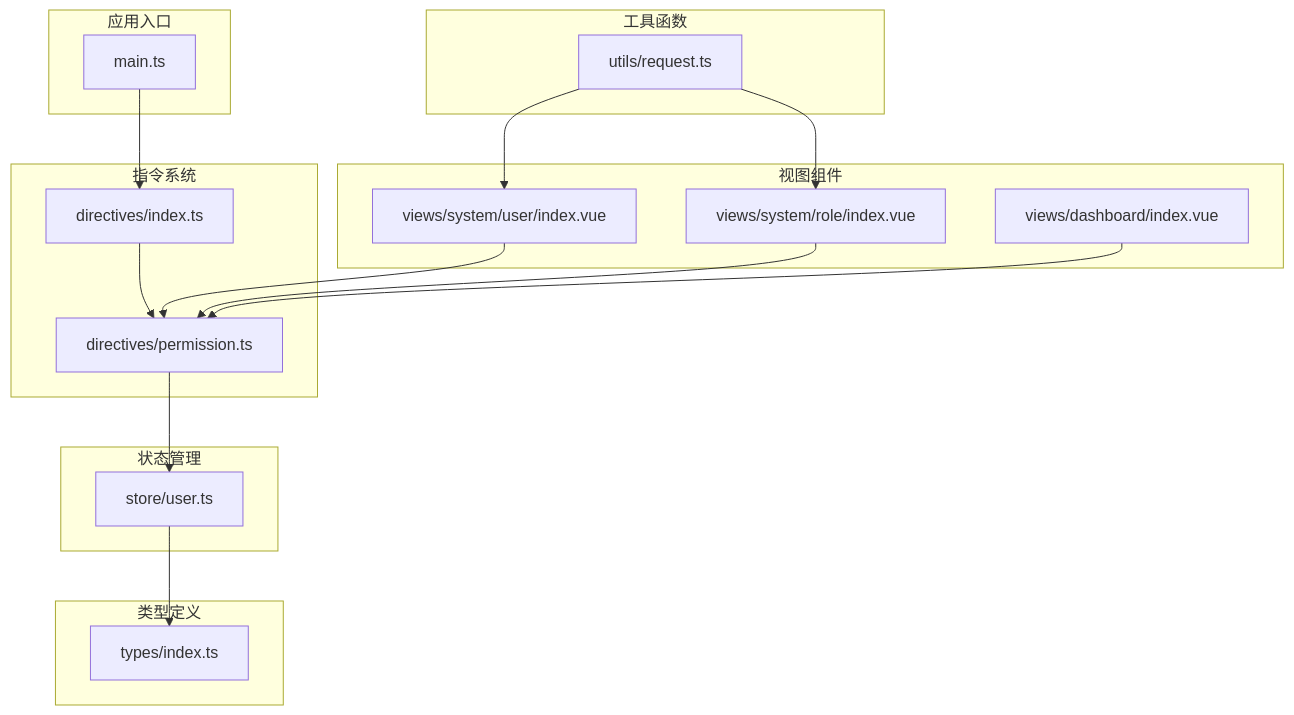
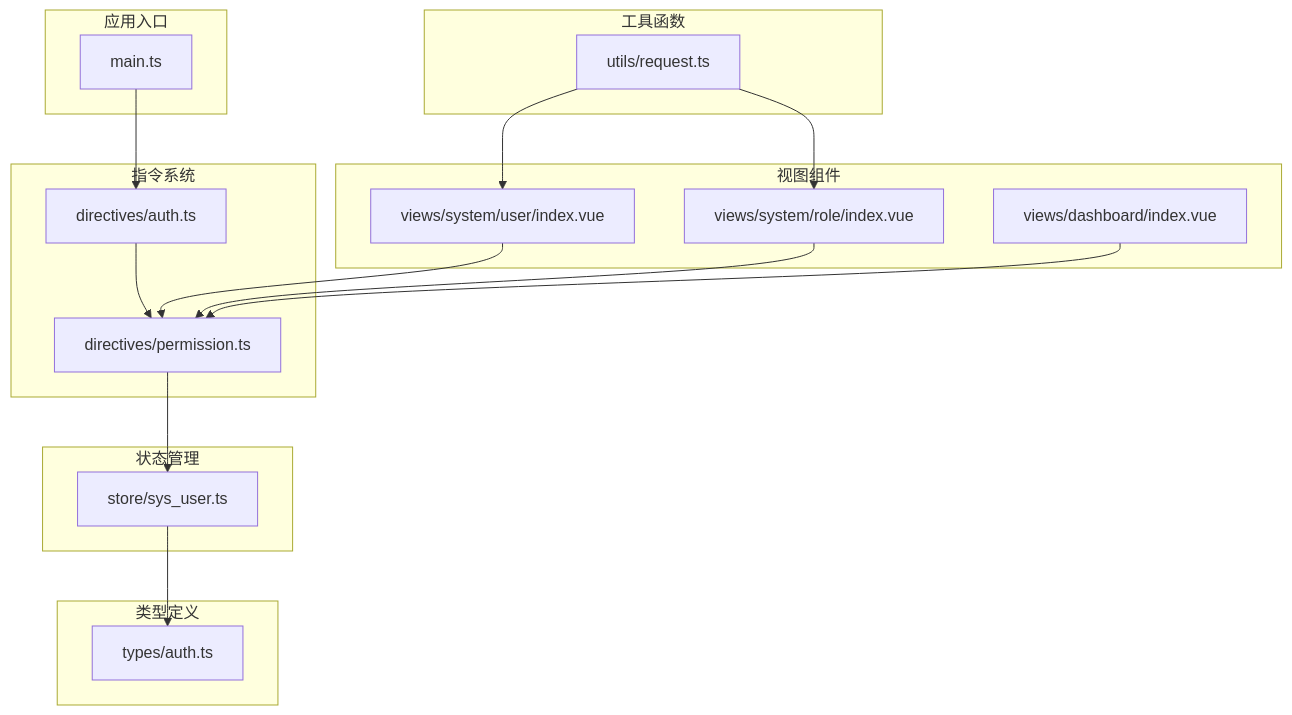
The first of 7 diagrams in .qoder/repowiki/zh/content/组件与工具库/组件与工具库.md (qiseyun/vue-ts-admin), drawn with Mermaid before and after one commit. The commit also changed other lines of this file and 42 other files, not shown here.

````diff
--- a/.qoder/repowiki/zh/content/组件与工具库/组件与工具库.md
+++ b/.qoder/repowiki/zh/content/组件与工具库/组件与工具库.md
@@ -52,33 +52,33 @@
 ```mermaid
 graph TB
 subgraph "应用入口"
 MAIN["main.ts"]
 end
 subgraph "指令系统"
-DIR_INDEX["directives/index.ts"]
+DIR_INDEX["directives/auth.ts"]
 DIR_PERM["directives/permission.ts"]
 end
 subgraph "状态管理"
-STORE_USER["store/user.ts"]
+STORE_USER["store/sys_user.ts"]
 end
 subgraph "类型定义"
-TYPES["types/index.ts"]
+TYPES["types/auth.ts"]
 end
 subgraph "工具函数"
 UTIL_REQ["utils/request.ts"]
 end
 subgraph "视图组件"
 VIEW_USER["views/system/user/index.vue"]
 VIEW_ROLE["views/system/role/index.vue"]
 VIEW_DASH["views/dashboard/index.vue"]
 end
 MAIN --> DIR_INDEX
 DIR_INDEX --> DIR_PERM
 DIR_PERM --> STORE_USER
 VIEW_USER --> DIR_PERM
 VIEW_ROLE --> DIR_PERM
 VIEW_DASH --> DIR_PERM
 STORE_USER --> TYPES
 UTIL_REQ --> VIEW_USER
 UTIL_REQ --> VIEW_ROLE
 ```
````
